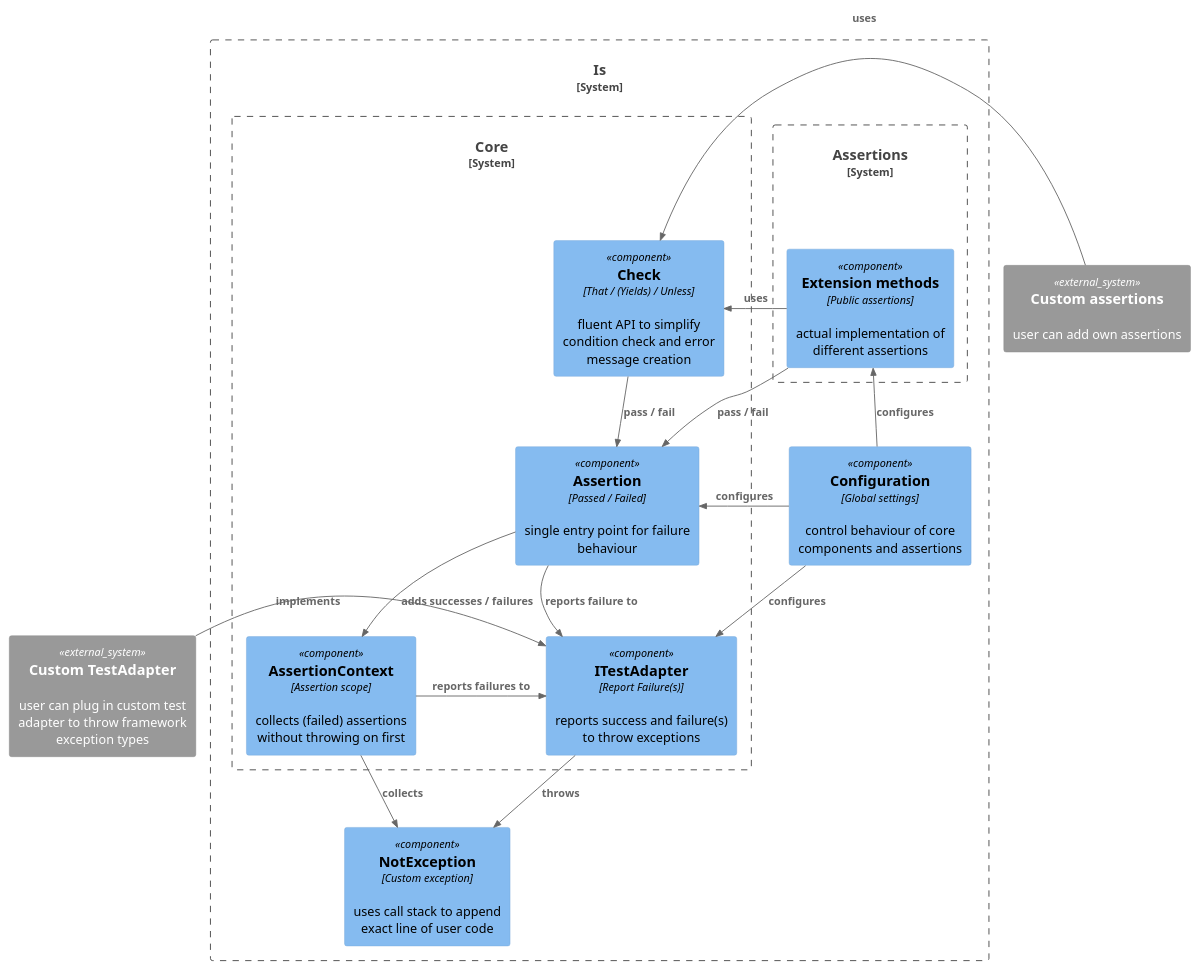
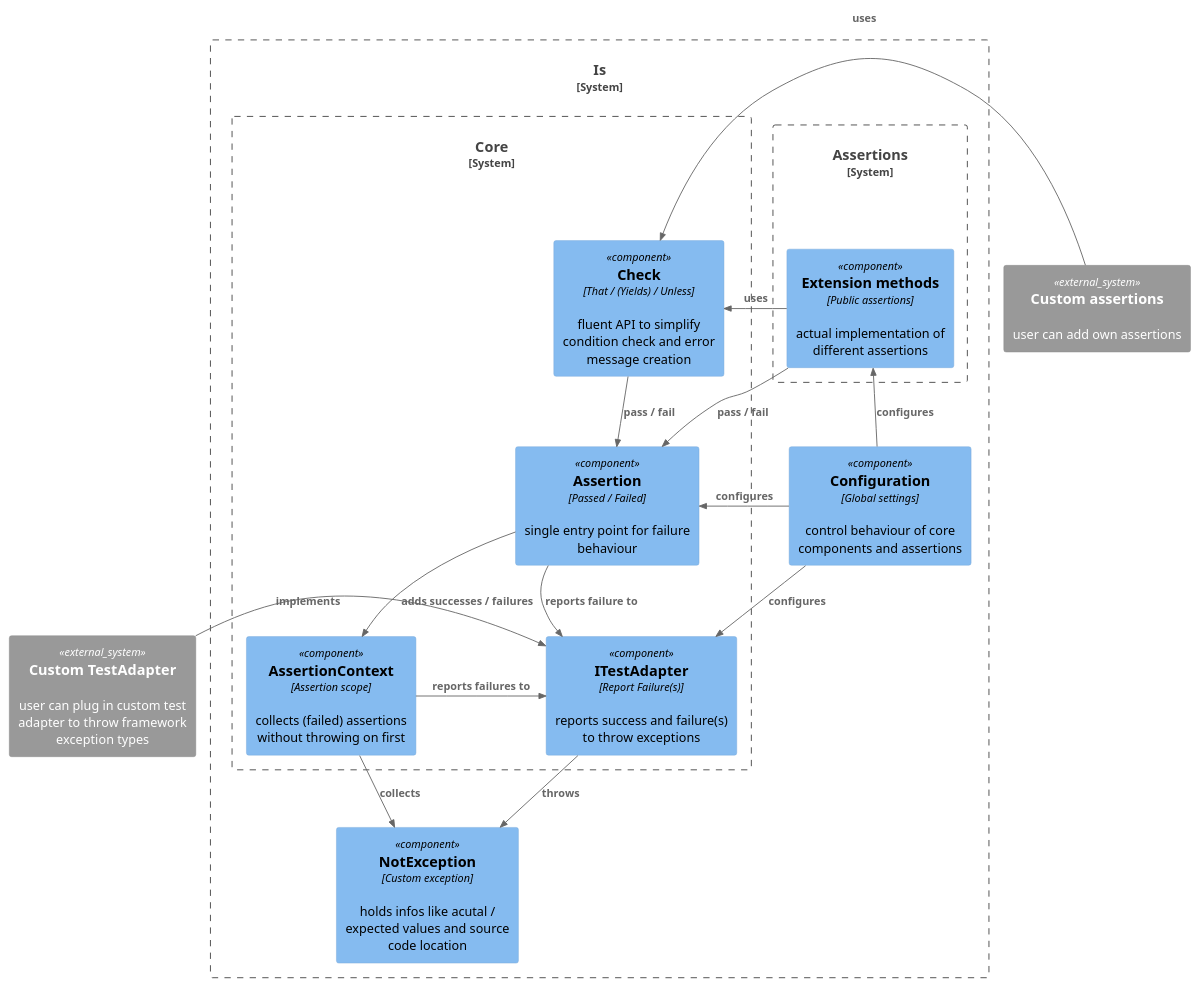
The diagram in Docs/Architecture.plantuml (chrismo80/Is), drawn with PlantUML before and after one commit.

Commit message:
Update Docu

```diff
--- a/Docs/Architecture.plantuml
+++ b/Docs/Architecture.plantuml
@@ -1,51 +1,51 @@
 @startuml "Architecture"
 
 !include <C4/C4_Component>
 
 ' !theme reddress-darkblue
 ' !theme plain
 ' !theme metal
 ' !theme materia
 
 ' left to right direction
 
 System_Ext(ca, "Custom assertions", "user can add own assertions")
 System_Ext(cta, "Custom TestAdapter", "user can plug in custom test adapter to throw framework exception types")
 
 System_Boundary(Is, "Is") {
-    Component(ex, "NotException", "Custom exception", "uses call stack to append exact line of user code")
+    Component(ex, "NotException", "Custom exception", "holds infos like acutal / expected values and source code location")
     Component(conf, "Configuration", "Global settings", "control behaviour of core components and assertions")
 
     System_Boundary(Assertions, "Assertions") {
         Component(ext, "Extension methods", "Public assertions", "actual implementation of different assertions")
         }
 
     System_Boundary(Core, "Core") {
         Component(ass, "Assertion", "Passed / Failed", "single entry point for failure behaviour")
         Component(check, "Check", "That / (Yields) / Unless", "fluent API to simplify condition check and error message creation")
         Component(ctx, "AssertionContext", "Assertion scope", "collects (failed) assertions without throwing on first")
         Component(ita, "ITestAdapter", "Report Failure(s)", "reports success and failure(s) to throw exceptions")
         }
     }
 }
 
 Rel(ass, ita, "reports failure to")
 Rel(ctx, ex, "collects")
 Rel(ita, ex, "throws")
 Rel_R(cta, ita, "implements")
 
 Rel_U(ext, check, "uses")
 Rel(ext, ass, "pass / fail")
 Rel_L(ca, check, "uses")
 
 Rel_L(ctx, ita, "reports failures to")
 
 Rel(check, ass, "pass / fail")
 Rel(ass, ctx, "adds successes / failures")
 
+Rel_U(conf, ext, "configures")
 Rel_R(conf, ass, "configures")
 Rel(conf, ita, "configures")
-Rel_U(conf, ext, "configures")
 
 
 @enduml
```
